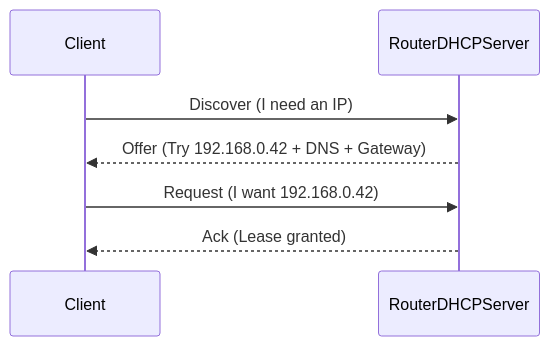
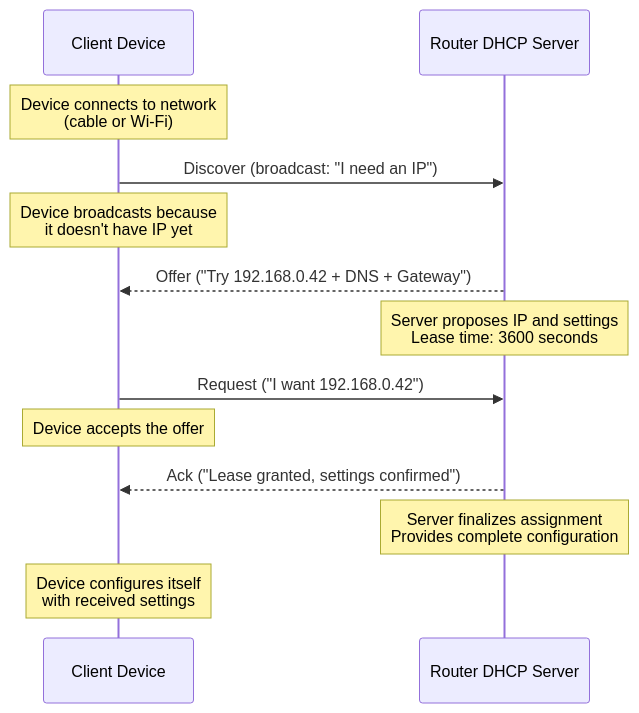
One commit to cjmaaz/ArchStarterPack changed the diagram in networking/docs/dhcp.md. Above: the diagram before and after it, drawn with Mermaid. The commit also changed other lines of this file and 74 other files, not shown here.

````diff
--- a/networking/docs/dhcp.md
+++ b/networking/docs/dhcp.md
@@ -31,10 +131,21 @@
 ```mermaid
 sequenceDiagram
-    participant Client as Client
-    participant DHCP as RouterDHCPServer
+    participant Client as Client Device
+    participant DHCP as Router DHCP Server
 
-    Client->>DHCP: Discover (I need an IP)
-    DHCP-->>Client: Offer (Try 192.168.0.42 + DNS + Gateway)
-    Client->>DHCP: Request (I want 192.168.0.42)
-    DHCP-->>Client: Ack (Lease granted)
+    Note over Client: Device connects to network<br/>(cable or Wi-Fi)
+
+    Client->>DHCP: Discover (broadcast: "I need an IP")
+    Note over Client: Device broadcasts because<br/>it doesn't have IP yet
+
+    DHCP-->>Client: Offer ("Try 192.168.0.42 + DNS + Gateway")
+    Note over DHCP: Server proposes IP and settings<br/>Lease time: 3600 seconds
+
+    Client->>DHCP: Request ("I want 192.168.0.42")
+    Note over Client: Device accepts the offer
+
+    DHCP-->>Client: Ack ("Lease granted, settings confirmed")
+    Note over DHCP: Server finalizes assignment<br/>Provides complete configuration
+
+    Note over Client: Device configures itself<br/>with received settings
 ```
````
